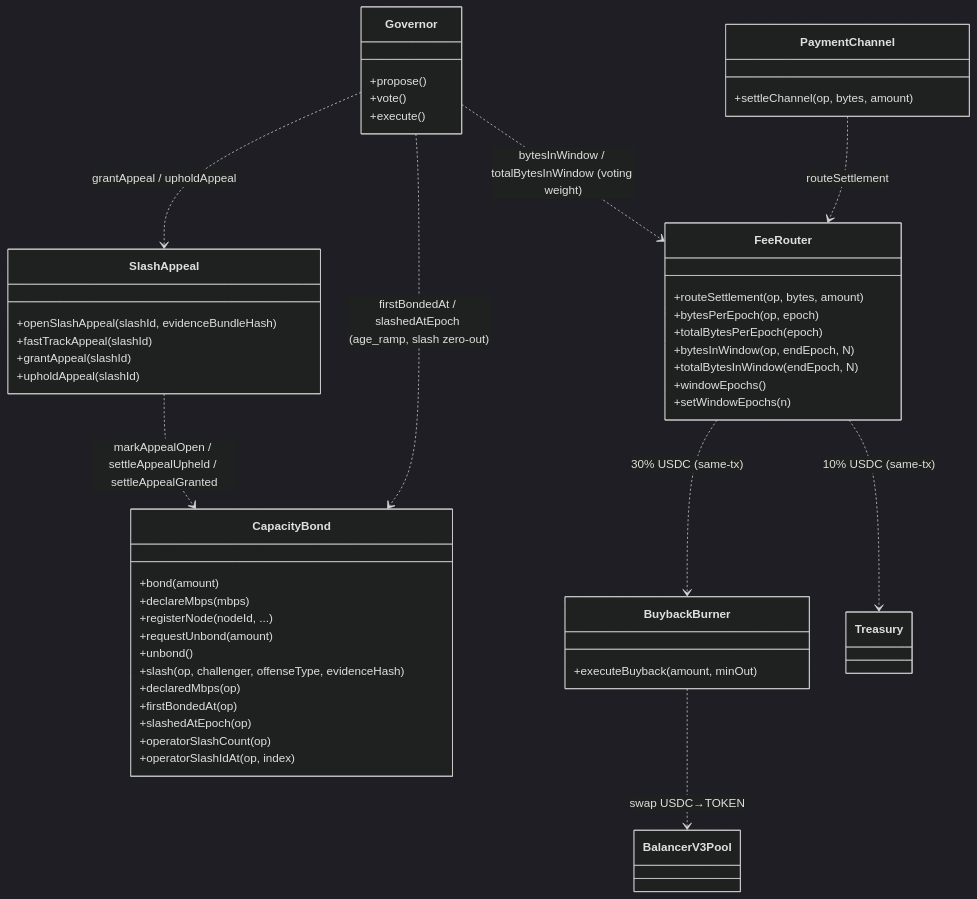
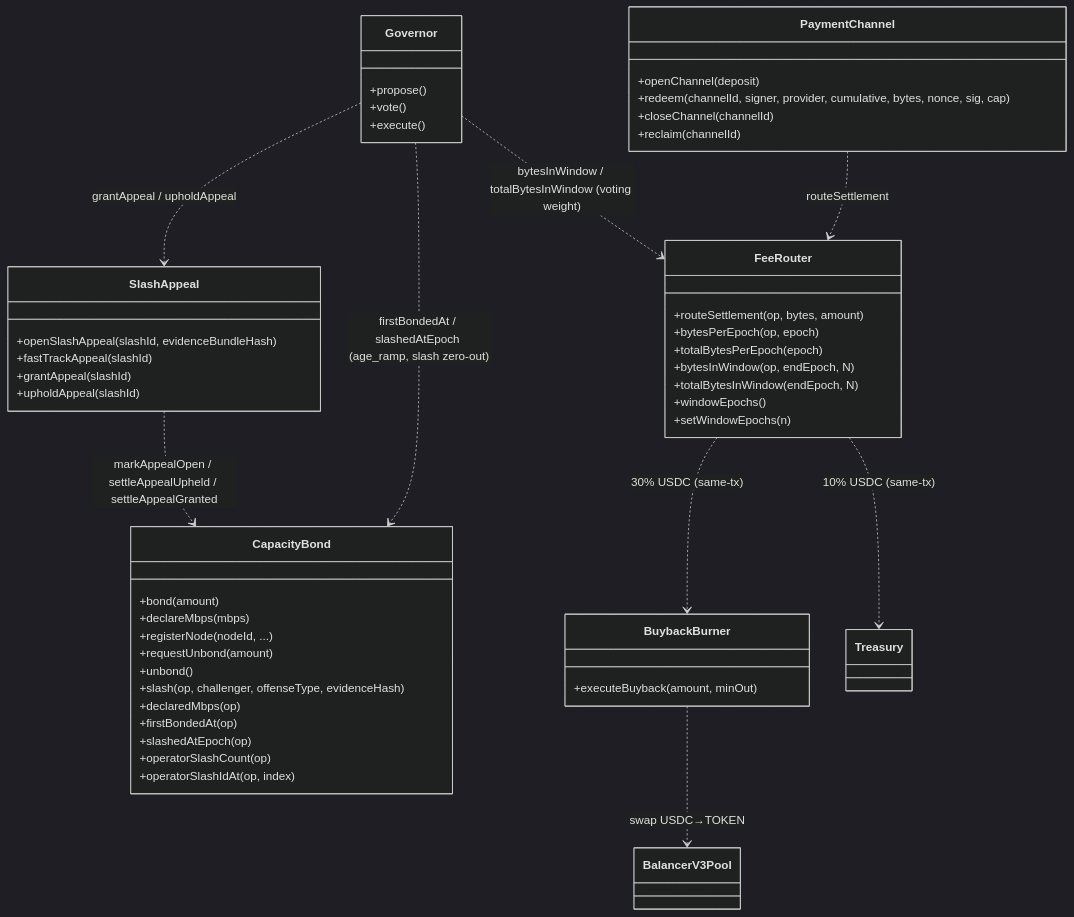
One commit to decdn/decdn changed the first of 5 diagrams in adr/016-contract-interactions.md. Above: the diagram before and after it, drawn with Mermaid (dark theme). The commit also changed other lines of this file and 5 other files, not shown here.

````diff
--- a/adr/016-contract-interactions.md
+++ b/adr/016-contract-interactions.md
@@ -41,53 +41,56 @@
 ```mermaid
 classDiagram
     class PaymentChannel {
-        +settleChannel(op, bytes, amount)
+        +openChannel(deposit)
+        +redeem(channelId, signer, provider, cumulative, bytes, nonce, sig, cap)
+        +closeChannel(channelId)
+        +reclaim(channelId)
     }
     class FeeRouter {
         +routeSettlement(op, bytes, amount)
         +bytesPerEpoch(op, epoch)
         +totalBytesPerEpoch(epoch)
         +bytesInWindow(op, endEpoch, N)
         +totalBytesInWindow(endEpoch, N)
         +windowEpochs()
         +setWindowEpochs(n)
     }
     class CapacityBond {
         +bond(amount)
         +declareMbps(mbps)
         +registerNode(nodeId, ...)
         +requestUnbond(amount)
         +unbond()
         +slash(op, challenger, offenseType, evidenceHash)
         +declaredMbps(op)
         +firstBondedAt(op)
         +slashedAtEpoch(op)
         +operatorSlashCount(op)
         +operatorSlashIdAt(op, index)
     }
     class BuybackBurner {
         +executeBuyback(amount, minOut)
     }
     class SlashAppeal {
         +openSlashAppeal(slashId, evidenceBundleHash)
         +fastTrackAppeal(slashId)
         +grantAppeal(slashId)
         +upholdAppeal(slashId)
     }
     class Governor {
         +propose()
         +vote()
         +execute()
     }
     class Treasury
     class BalancerV3Pool
 
     PaymentChannel ..> FeeRouter : routeSettlement
     FeeRouter ..> BuybackBurner : 30% USDC (same-tx)
     FeeRouter ..> Treasury : 10% USDC (same-tx)
     BuybackBurner ..> BalancerV3Pool : swap USDC→TOKEN
     Governor ..> FeeRouter : bytesInWindow / totalBytesInWindow (voting weight)
     Governor ..> CapacityBond : firstBondedAt / slashedAtEpoch (age_ramp, slash zero-out)
     SlashAppeal ..> CapacityBond : markAppealOpen / settleAppealUpheld / settleAppealGranted
     Governor ..> SlashAppeal : grantAppeal / upholdAppeal
 ```
````
